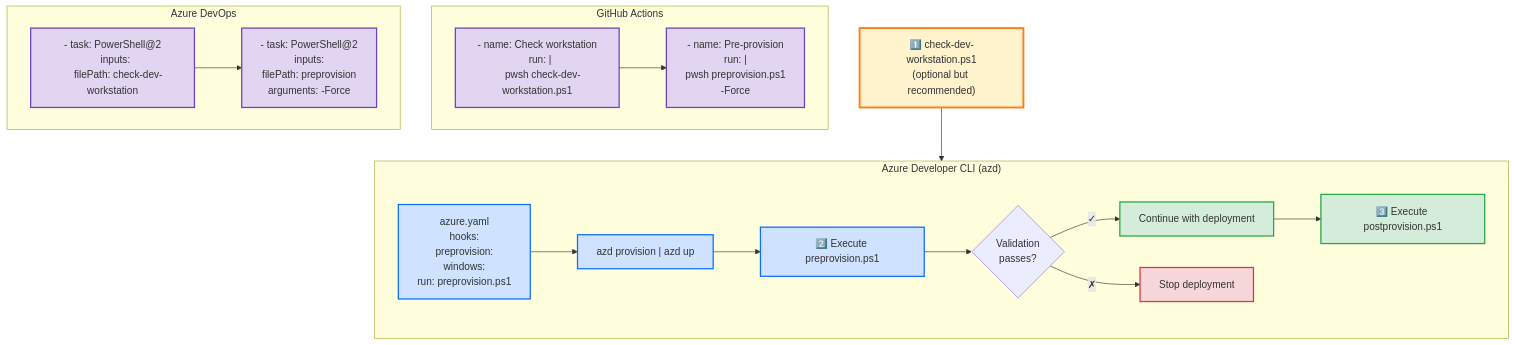
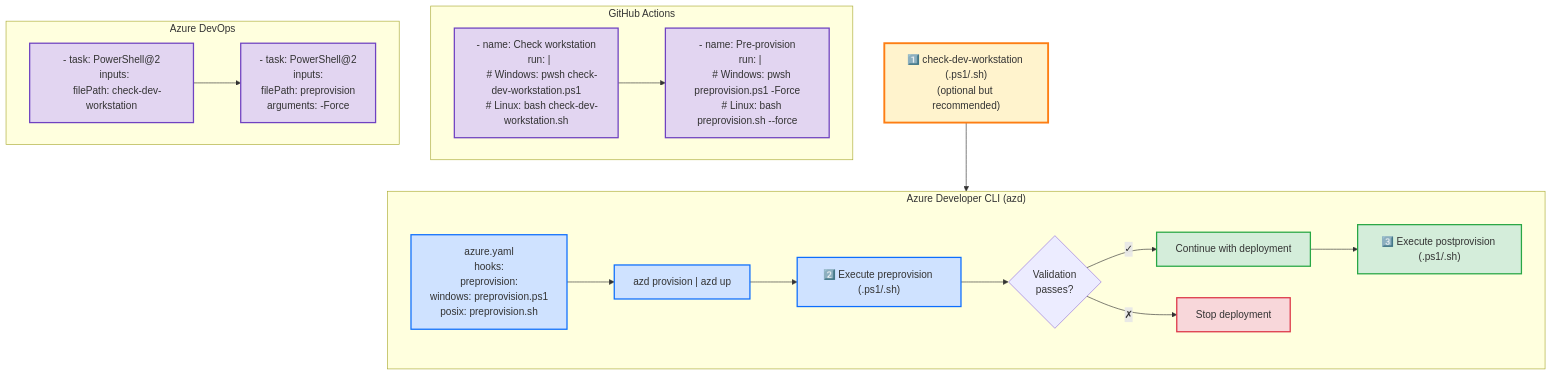
One commit to Evilazaro/Azure-LogicApps-Monitoring changed the fourth of 4 diagrams in hooks/VALIDATION-WORKFLOW.md. Above: the diagram before and after it, drawn with Mermaid. The commit also changed other lines of this file and 5 other files, not shown here.

````diff
--- a/hooks/VALIDATION-WORKFLOW.md
+++ b/hooks/VALIDATION-WORKFLOW.md
@@ -112,39 +112,39 @@
 ```mermaid
 flowchart TD
-    CheckDev["1️⃣ check-dev-workstation.ps1<br/>(optional but recommended)"]
+    CheckDev["1️⃣ check-dev-workstation (.ps1/.sh)<br/>(optional but recommended)"]
     CheckDev --> AZD
     
     subgraph AZD["Azure Developer CLI (azd)"]
-        AzdYaml["azure.yaml<br/>hooks:<br/>  preprovision:<br/>    windows:<br/>      run: preprovision.ps1"]
+        AzdYaml["azure.yaml<br/>hooks:<br/>  preprovision:<br/>    windows: preprovision.ps1<br/>    posix: preprovision.sh"]
         AzdYaml --> AzdCmd["azd provision | azd up"]
-        AzdCmd --> Execute["2️⃣ Execute preprovision.ps1"]
+        AzdCmd --> Execute["2️⃣ Execute preprovision (.ps1/.sh)"]
         Execute --> Validate{Validation<br/>passes?}
         Validate -->|✓| Deploy["Continue with deployment"]
-        Deploy --> Post["3️⃣ Execute postprovision.ps1"]
+        Deploy --> Post["3️⃣ Execute postprovision (.ps1/.sh)"]
         Validate -->|✗| Stop["Stop deployment"]
     end
     
     subgraph GitHub["GitHub Actions"]
-        GHAction1["- name: Check workstation<br/>  run: |<br/>    pwsh check-dev-workstation.ps1"]
-        GHAction2["- name: Pre-provision<br/>  run: |<br/>    pwsh preprovision.ps1<br/>    -Force"]
+        GHAction1["- name: Check workstation<br/>  run: |<br/>    # Windows: pwsh check-dev-workstation.ps1<br/>    # Linux: bash check-dev-workstation.sh"]
+        GHAction2["- name: Pre-provision<br/>  run: |<br/>    # Windows: pwsh preprovision.ps1 -Force<br/>    # Linux: bash preprovision.sh --force"]
         GHAction1 --> GHAction2
     end
     
     subgraph AzureDevOps["Azure DevOps"]
         ADOTask1["- task: PowerShell@2<br/>  inputs:<br/>    filePath: check-dev-workstation"]
         ADOTask2["- task: PowerShell@2<br/>  inputs:<br/>    filePath: preprovision<br/>    arguments: -Force"]
         ADOTask1 --> ADOTask2
     end
     
     classDef devClass fill:#fff3cd,stroke:#fd7e14,stroke-width:3px
     classDef azdClass fill:#cfe2ff,stroke:#0d6efd,stroke-width:2px
     classDef ciClass fill:#e2d5f1,stroke:#6f42c1,stroke-width:2px
     classDef successClass fill:#d4edda,stroke:#28a745,stroke-width:2px
     classDef failClass fill:#f8d7da,stroke:#dc3545,stroke-width:2px
     
     class CheckDev devClass
     class AzdYaml,AzdCmd,Execute azdClass
     class GHAction1,GHAction2,ADOTask1,ADOTask2 ciClass
     class Deploy,Post successClass
     class Stop failClass
 ```
````
